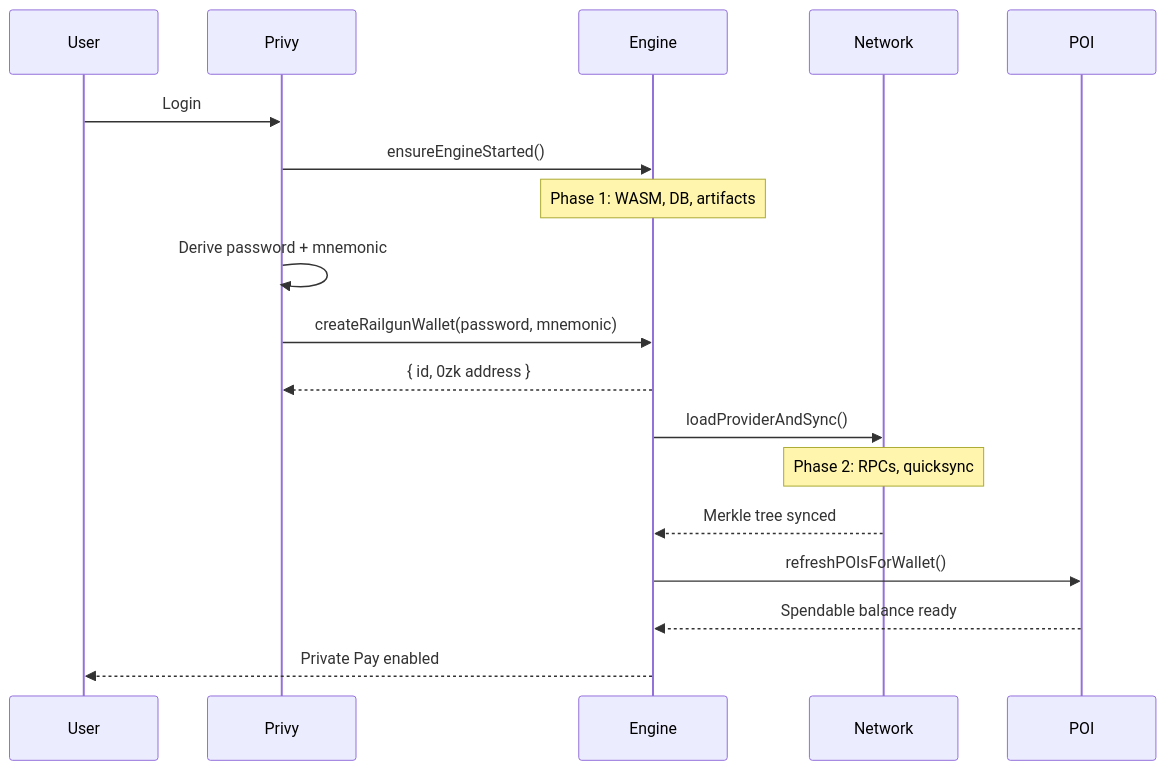
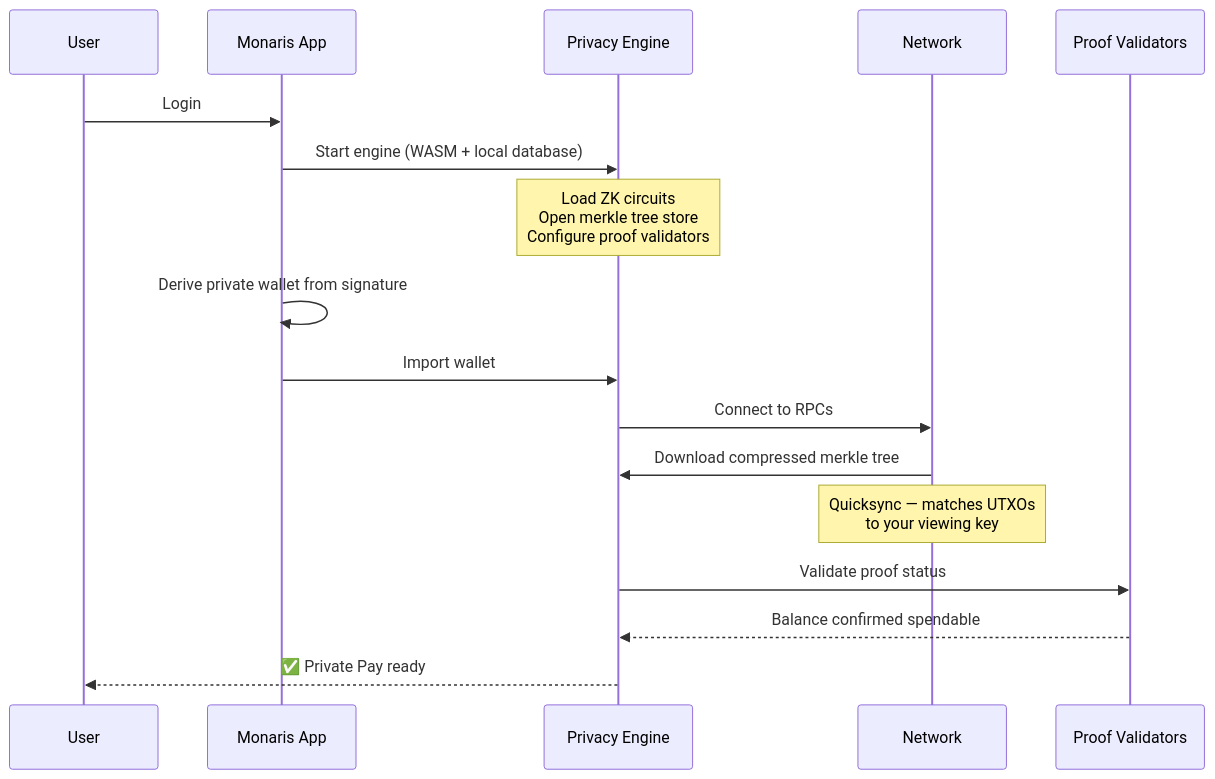
The first of 3 diagrams in privacy/shield-unshield.mdx (Monaris-co/monaris-docs), drawn with Mermaid before and after one commit. The commit also changed other lines of this file and 4 other files, not shown here.

First line of the commit message:
docs: improve privacy pages, add Private Payment Router vision, update nav

````diff
--- a/privacy/shield-unshield.mdx
+++ b/privacy/shield-unshield.mdx
@@ -27,21 +23,24 @@
 ```mermaid
 sequenceDiagram
     participant User
-    participant Privy
-    participant Engine
+    participant App as Monaris App
+    participant Engine as Privacy Engine
     participant Network
-    participant POI
+    participant POI as Proof Validators
 
-    User->>Privy: Login
-    Privy->>Engine: ensureEngineStarted()
-    Note over Engine: Phase 1: WASM, DB, artifacts
-    Privy->>Privy: Derive password + mnemonic
-    Privy->>Engine: createRailgunWallet(password, mnemonic)
-    Engine-->>Privy: { id, 0zk address }
-    Engine->>Network: loadProviderAndSync()
-    Note over Network: Phase 2: RPCs, quicksync
-    Network-->>Engine: Merkle tree synced
-    Engine->>POI: refreshPOIsForWallet()
-    POI-->>Engine: Spendable balance ready
-    Engine-->>User: Private Pay enabled
+    User->>App: Login
+    App->>Engine: Start engine (WASM + local database)
+    Note over Engine: Load ZK circuits<br/>Open merkle tree store<br/>Configure proof validators
+
+    App->>App: Derive private wallet from signature
+    App->>Engine: Import wallet
+
+    Engine->>Network: Connect to RPCs
+    Network->>Engine: Download compressed merkle tree
+    Note over Network: Quicksync — matches UTXOs<br/>to your viewing key
+
+    Engine->>POI: Validate proof status
+    POI-->>Engine: Balance confirmed spendable
+
+    Engine-->>User: ✅ Private Pay ready
 ```
````
